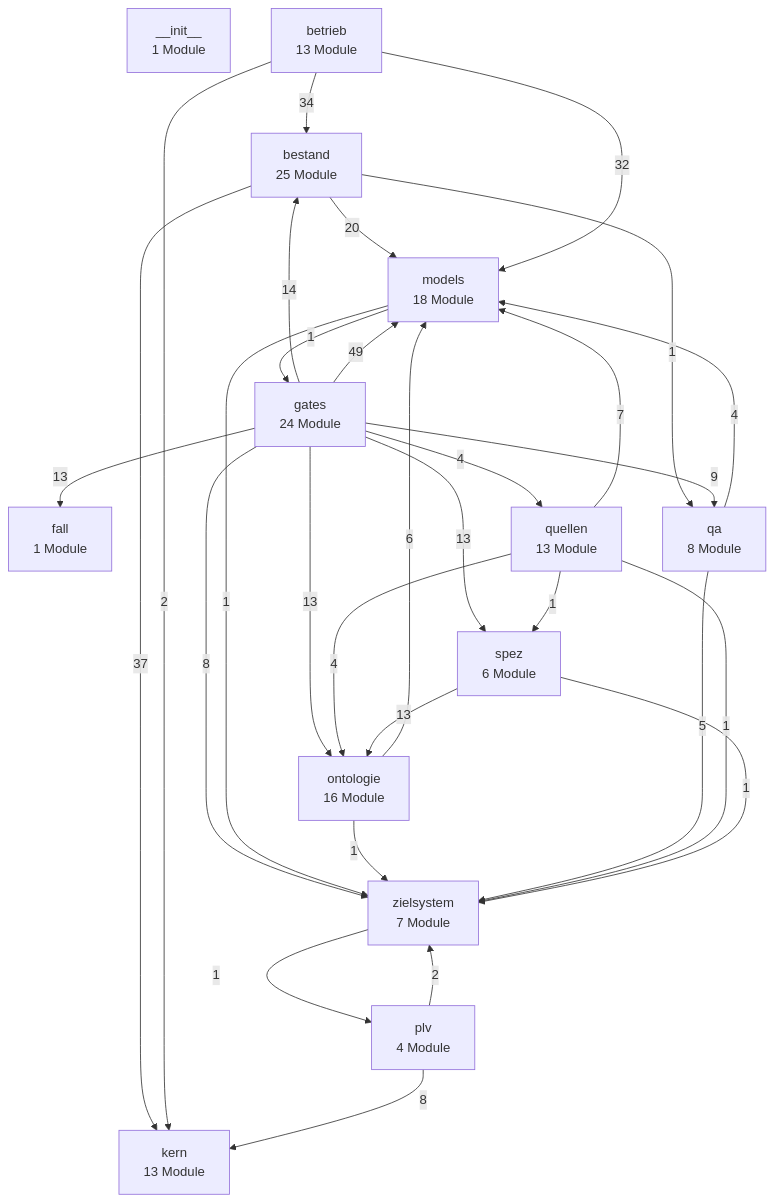
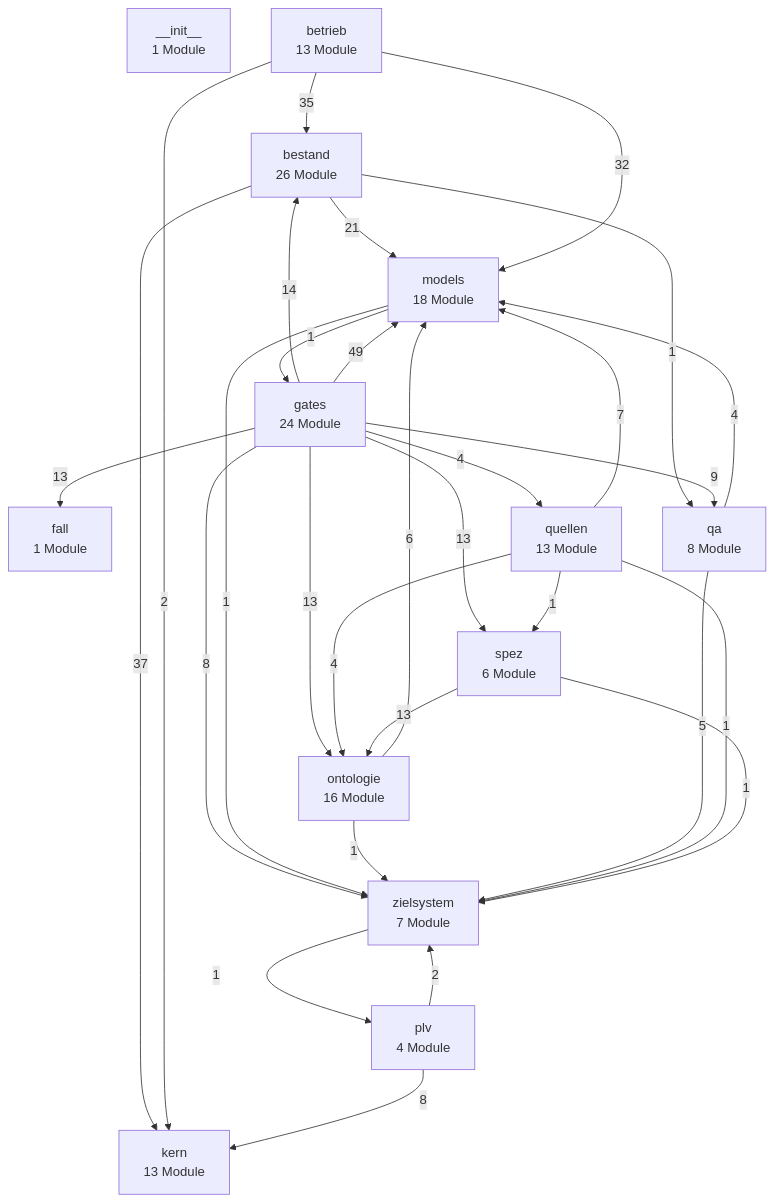
One commit to bartlmac/rechner-pipeline changed the first of 3 diagrams in docs/architektur/landkarte.md. Above: the diagram before and after it, drawn with Mermaid. The commit also changed other lines of this file and 6 other files, not shown here.

````diff
--- a/docs/architektur/landkarte.md
+++ b/docs/architektur/landkarte.md
@@ -31,46 +31,46 @@
 ```mermaid
 %% Schichten — erzeugt von ontologie.landkarte
 flowchart TD
     n__init__["__init__<br/>1 Module"]
-    bestand["bestand<br/>25 Module"]
+    bestand["bestand<br/>26 Module"]
     betrieb["betrieb<br/>13 Module"]
     fall["fall<br/>1 Module"]
     gates["gates<br/>24 Module"]
     kern["kern<br/>13 Module"]
     models["models<br/>18 Module"]
     ontologie["ontologie<br/>16 Module"]
     plv["plv<br/>4 Module"]
     qa["qa<br/>8 Module"]
     quellen["quellen<br/>13 Module"]
     spez["spez<br/>6 Module"]
     zielsystem["zielsystem<br/>7 Module"]
     bestand -- 37 --> kern
-    bestand -- 20 --> models
+    bestand -- 21 --> models
     bestand -- 1 --> qa
-    betrieb -- 34 --> bestand
+    betrieb -- 35 --> bestand
     betrieb -- 2 --> kern
     betrieb -- 32 --> models
     gates -- 14 --> bestand
     gates -- 13 --> fall
     gates -- 49 --> models
     gates -- 13 --> ontologie
     gates -- 9 --> qa
     gates -- 4 --> quellen
     gates -- 13 --> spez
     gates -- 8 --> zielsystem
     models -- 1 --> gates
     models -- 1 --> zielsystem
     ontologie -- 6 --> models
     ontologie -- 1 --> zielsystem
     plv -- 8 --> kern
     plv -- 2 --> zielsystem
     qa -- 4 --> models
     qa -- 5 --> zielsystem
     quellen -- 7 --> models
     quellen -- 4 --> ontologie
     quellen -- 1 --> spez
     quellen -- 1 --> zielsystem
     spez -- 13 --> ontologie
     spez -- 1 --> zielsystem
     zielsystem -- 1 --> plv
 ```
````
